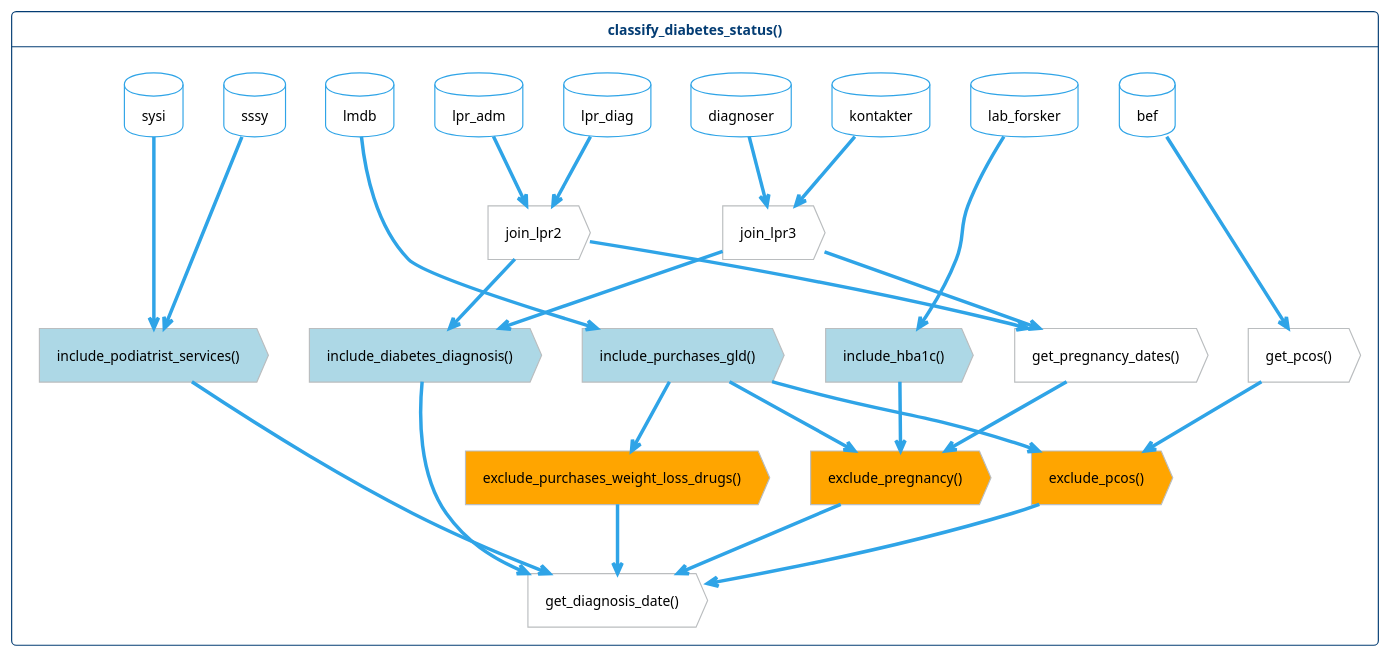
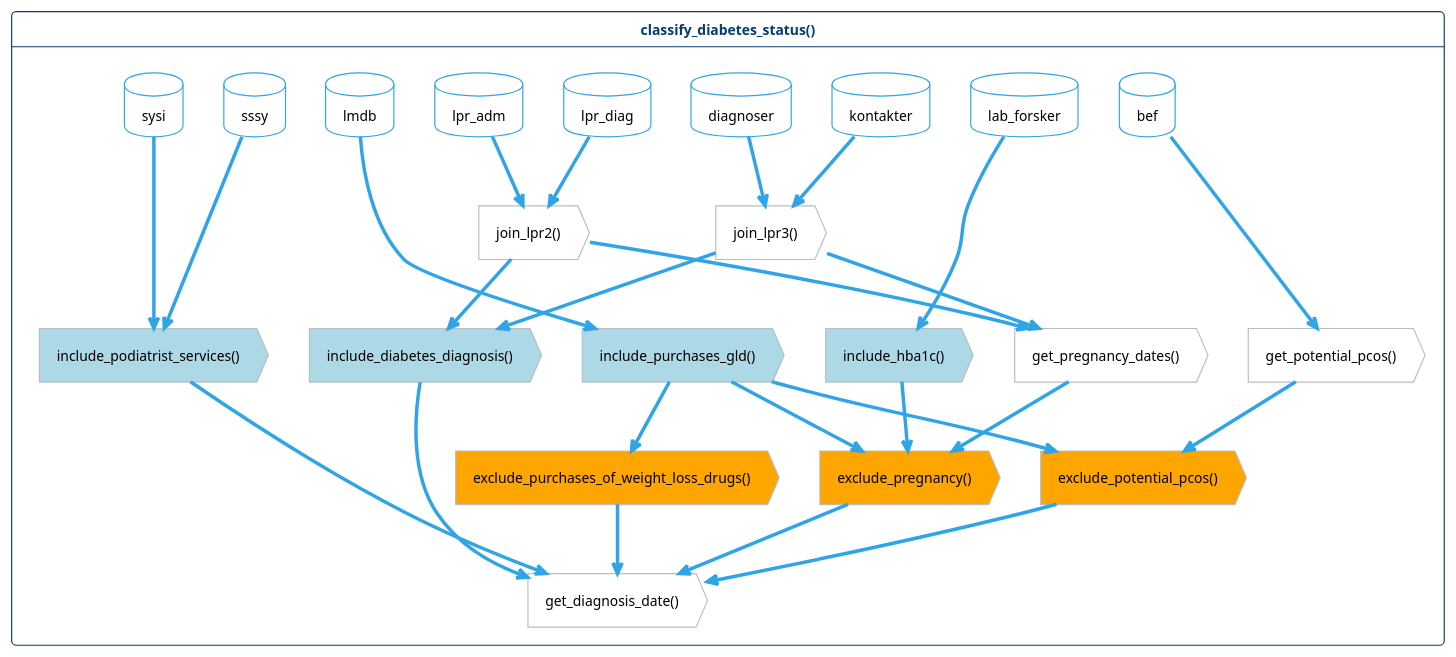
One commit to steno-aarhus/osdc changed the diagram in vignettes/images/function-flow.puml. Above: the diagram before and after it, drawn with PlantUML.

Commit message:
Apply suggestions from code review

```diff
--- a/vignettes/images/function-flow.puml
+++ b/vignettes/images/function-flow.puml
@@ -1,86 +1,86 @@
 @startuml function-flow
 !theme cerulean-outline
 <style>
 action {
     FontColor black
 }
 database {
     FontColor black
 }
 .inclusion {
     BackgroundColor lightblue
 }
 .exclusion {
     BackgroundColor orange
 }
 </style>
 
 hide <<inclusion>> stereotype
 hide <<exclusion>> stereotype
 
 card classify_diabetes_status() as cd {
     together {
         database sssy
         database sysi
         database lpr_diag
         database lpr_adm
         database lmdb
         database lab_forsker
         database kontakter
         database diagnoser
         database bef
     }
 
     action "get_pregnancy_dates()" as pregnancy
-    action "get_pcos()" as pcos
+    action "get_potential_pcos()" as pcos
     action "get_diagnosis_date()" as diagnosis_date
-    action "join_lpr2" as lpr2
-    action "join_lpr3" as lpr3
+    action "join_lpr2()" as lpr2
+    action "join_lpr3()" as lpr3
 
     together {
         action "exclude_pregnancy()" as ex_pregnancy <<exclusion>>
-        action "exclude_purchases_weight_loss_drugs()" as ex_wld <<exclusion>>
-        action "exclude_pcos()" as ex_pcos <<exclusion>>
+        action "exclude_purchases_of_weight_loss_drugs()" as ex_wld <<exclusion>>
+        action "exclude_potential_pcos()" as ex_pcos <<exclusion>>
     }
 
     together {
         action "include_hba1c()" as in_hba1c <<inclusion>>
         action "include_diabetes_diagnosis()" as in_diagnosis <<inclusion>>
         action "include_podiatrist_services()" as in_podiatrist <<inclusion>>
         action "include_purchases_gld()" as in_gld <<inclusion>>
     }
 
     lpr_diag --> lpr2
     lpr_adm --> lpr2
     kontakter --> lpr3
     diagnoser --> lpr3
 
     lab_forsker --> in_hba1c
     in_hba1c --> ex_pregnancy
 
     lpr2 --> pregnancy
     lpr3 --> pregnancy
     pregnancy -> ex_pregnancy
 
     lpr2 --> in_diagnosis
     lpr3 --> in_diagnosis
 
     sssy --> in_podiatrist
     sysi --> in_podiatrist
     
     lmdb --> in_gld
     in_gld --> ex_pregnancy
     in_gld --> ex_wld
 
     bef --> pcos
     in_gld --> ex_pcos
     pcos --> ex_pcos
 
     ex_wld --> diagnosis_date
     ex_pregnancy --> diagnosis_date
     ex_pcos --> diagnosis_date
     in_podiatrist --> diagnosis_date
     in_diagnosis --> diagnosis_date
 
 }
 @enduml
```
